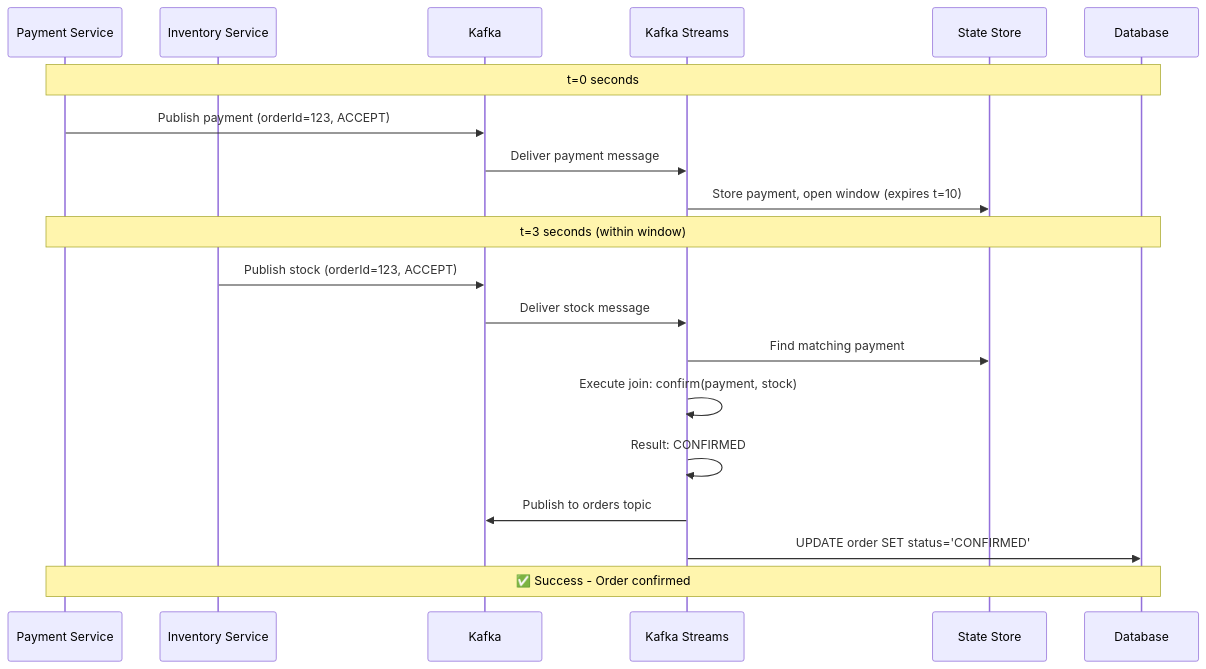
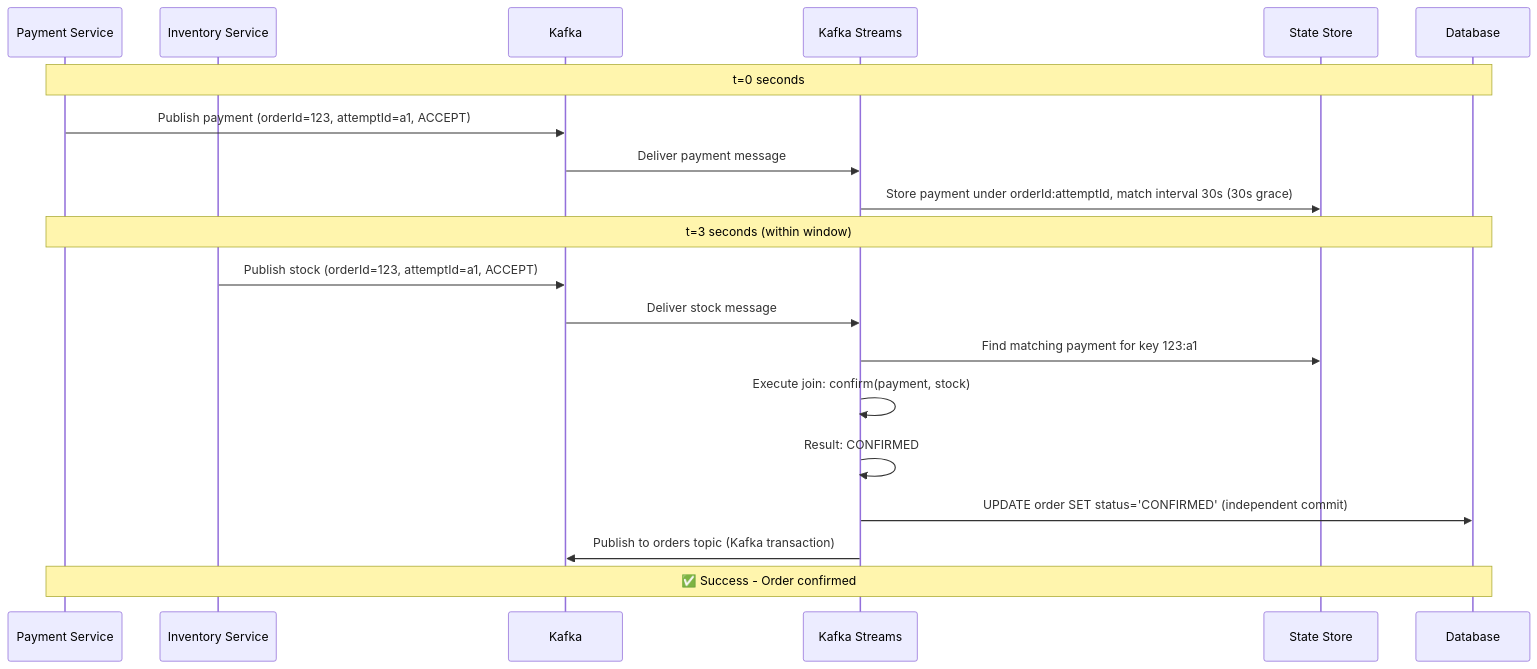
One commit to rajadilipkolli/spring-boot-microservices-series-v2 changed the eighth of 10 diagrams in order-service/docs/06-Saga-Confusion-Points-Clarified.md. Above: the diagram before and after it, drawn with Mermaid. The commit also changed other lines of this file and 51 other files, not shown here.

````diff
--- a/order-service/docs/06-Saga-Confusion-Points-Clarified.md
+++ b/order-service/docs/06-Saga-Confusion-Points-Clarified.md
@@ -392,25 +361,25 @@
 ```mermaid
 sequenceDiagram
     participant PS as Payment Service
     participant IS as Inventory Service
     participant K as Kafka
     participant KS as Kafka Streams
     participant SS as State Store
     participant DB as Database
     
     Note over PS,DB: t=0 seconds
-    PS->>K: Publish payment (orderId=123, ACCEPT)
+    PS->>K: Publish payment (orderId=123, attemptId=a1, ACCEPT)
     K->>KS: Deliver payment message
-    KS->>SS: Store payment, open window (expires t=10)
+    KS->>SS: Store payment under orderId:attemptId, match interval 30s (30s grace)
     
     Note over PS,DB: t=3 seconds (within window)
-    IS->>K: Publish stock (orderId=123, ACCEPT)
+    IS->>K: Publish stock (orderId=123, attemptId=a1, ACCEPT)
     K->>KS: Deliver stock message
-    KS->>SS: Find matching payment
+    KS->>SS: Find matching payment for key 123:a1
     KS->>KS: Execute join: confirm(payment, stock)
     KS->>KS: Result: CONFIRMED
-    KS->>K: Publish to orders topic
-    KS->>DB: UPDATE order SET status='CONFIRMED'
+    KS->>DB: UPDATE order SET status='CONFIRMED' (independent commit)
+    KS->>K: Publish to orders topic (Kafka transaction)
     
     Note over PS,DB: ✅ Success - Order confirmed
 ```
````
